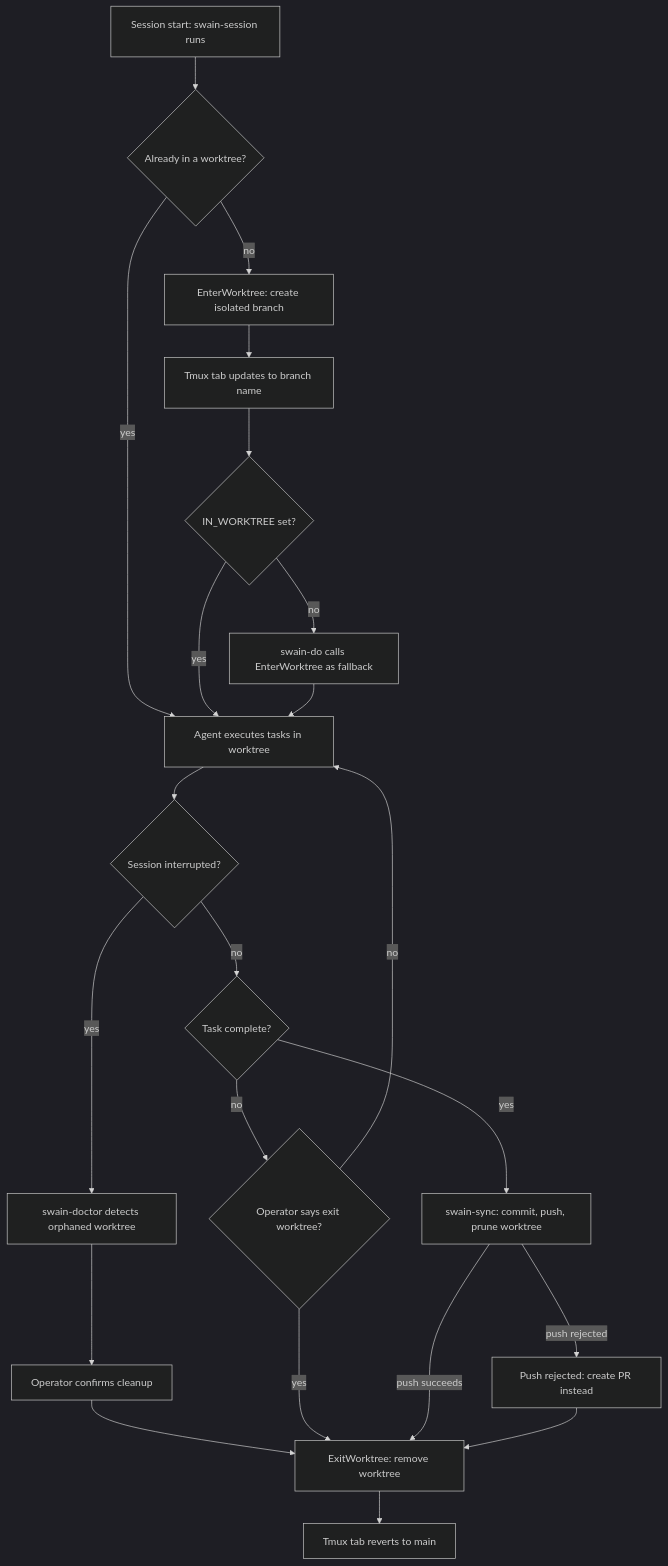
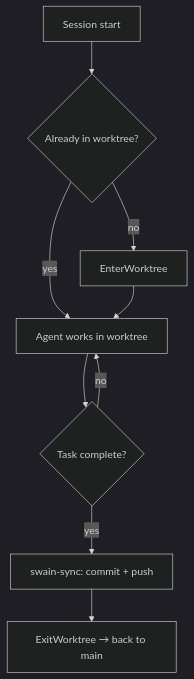
One commit to cristoslc/swain changed the diagram in docs/design/Active/(DESIGN-003)-Worktree-Lifecycle-UX/(DESIGN-003)-Worktree-Lifecycle-UX.md. Above: the diagram before and after it, drawn with Mermaid (dark theme). The commit also changed 7 other files, not shown here.

First line of the commit message:
docs(design): supersede DESIGN-002, refine design flowcharts, and add swain-box auth-done marker

````diff
--- a/docs/design/Active/(DESIGN-003)-Worktree-Lifecycle-UX/(DESIGN-003)-Worktree-Lifecycle-UX.md
+++ b/docs/design/Active/(DESIGN-003)-Worktree-Lifecycle-UX/(DESIGN-003)-Worktree-Lifecycle-UX.md
@@ -26,41 +26,11 @@
 ```mermaid
 flowchart TD
-    session_start["Session start: swain-session runs"]
-    detect_worktree{"Already in a worktree?"}
-    enter_worktree["EnterWorktree: create isolated branch"]
-    tab_update["Tmux tab updates to branch name"]
-    working["Agent executes tasks in worktree"]
-    check_in_worktree{"IN_WORKTREE set?"}
-    fallback_enter["swain-do calls EnterWorktree as fallback"]
-    task_complete{"Task complete?"}
-    swain_sync["swain-sync: commit, push, prune worktree"]
-    pr_fallback["Push rejected: create PR instead"]
-    exit_worktree["ExitWorktree: remove worktree"]
-    tab_revert["Tmux tab reverts to main"]
-    interrupted{"Session interrupted?"}
-    doctor_detects["swain-doctor detects orphaned worktree"]
-    operator_cleanup["Operator confirms cleanup"]
-    operator_exits{"Operator says exit worktree?"}
-
-    session_start --> detect_worktree
-    detect_worktree -->|"yes"| working
-    detect_worktree -->|"no"| enter_worktree
-    enter_worktree --> tab_update
-    tab_update --> check_in_worktree
-    check_in_worktree -->|"yes"| working
-    check_in_worktree -->|"no"| fallback_enter
-    fallback_enter --> working
-    working --> interrupted
-    interrupted -->|"yes"| doctor_detects
-    doctor_detects --> operator_cleanup
-    operator_cleanup --> exit_worktree
-    interrupted -->|"no"| task_complete
-    task_complete -->|"no"| operator_exits
-    operator_exits -->|"yes"| exit_worktree
-    operator_exits -->|"no"| working
-    task_complete -->|"yes"| swain_sync
-    swain_sync -->|"push succeeds"| exit_worktree
-    swain_sync -->|"push rejected"| pr_fallback
-    pr_fallback --> exit_worktree
-    exit_worktree --> tab_revert
+    session_start["Session start"] --> in_worktree{"Already in worktree?"}
+    in_worktree -->|"yes"| work["Agent works in worktree"]
+    in_worktree -->|"no"| enter["EnterWorktree"]
+    enter --> work
+    work --> done{"Task complete?"}
+    done -->|"yes"| sync["swain-sync: commit + push"]
+    done -->|"no"| work
+    sync --> exit["ExitWorktree → back to main"]
 ```
````
